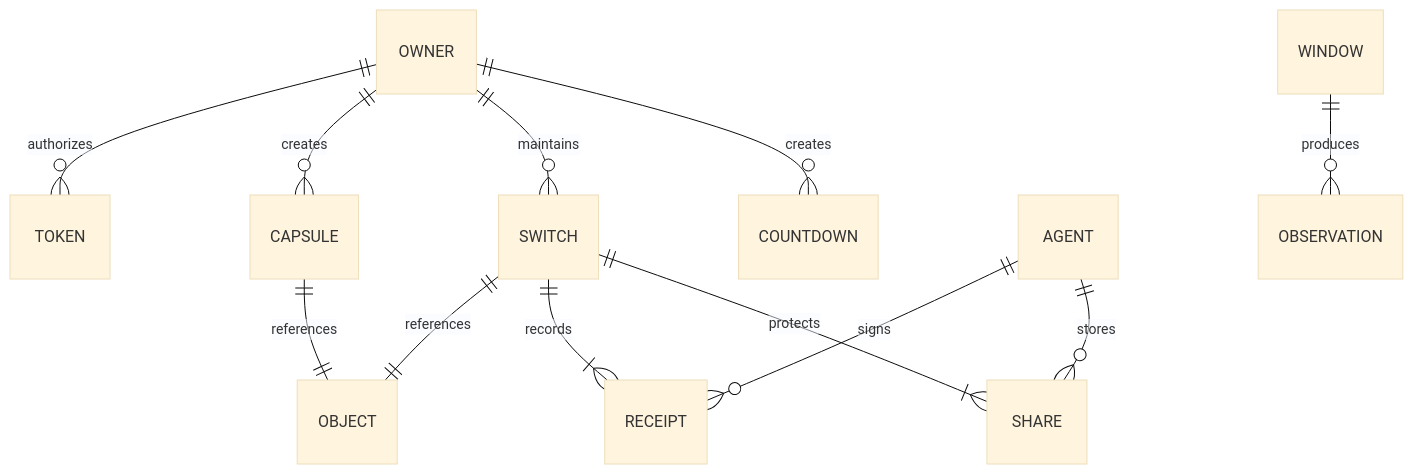
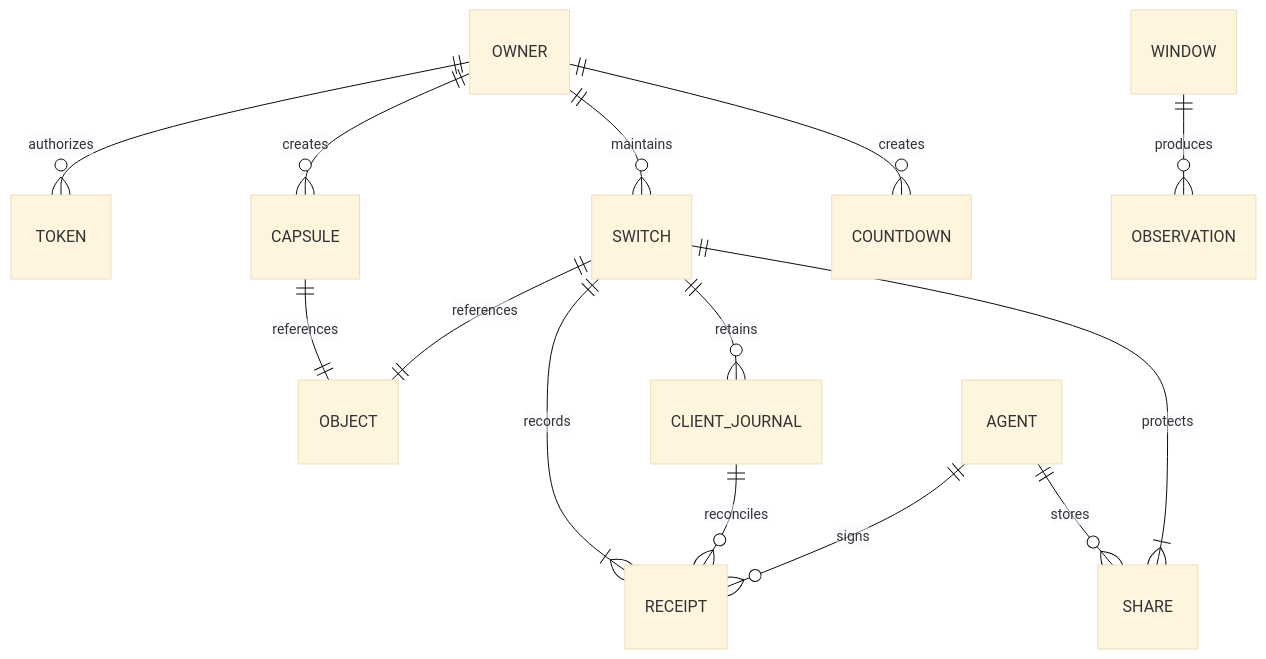
One commit to Crank-Git/epochalypse changed the second of 3 diagrams in docs/specs/spec.md. Above: the diagram before and after it, drawn with Mermaid (base theme). The commit also changed other lines of this file and 13 other files, not shown here.

````diff
--- a/docs/specs/spec.md
+++ b/docs/specs/spec.md
@@ -188,14 +196,16 @@
 ```mermaid
 erDiagram
  OWNER ||--o{ TOKEN : authorizes
  OWNER ||--o{ CAPSULE : creates
  OWNER ||--o{ SWITCH : maintains
  OWNER ||--o{ COUNTDOWN : creates
  CAPSULE ||--|| OBJECT : references
  SWITCH ||--|| OBJECT : references
  SWITCH ||--|{ RECEIPT : records
+ SWITCH ||--o{ CLIENT_JOURNAL : retains
+ CLIENT_JOURNAL ||--o{ RECEIPT : reconciles
  AGENT ||--o{ RECEIPT : signs
  AGENT ||--o{ SHARE : stores
  SWITCH ||--|{ SHARE : protects
  WINDOW ||--o{ OBSERVATION : produces
 ```
````
